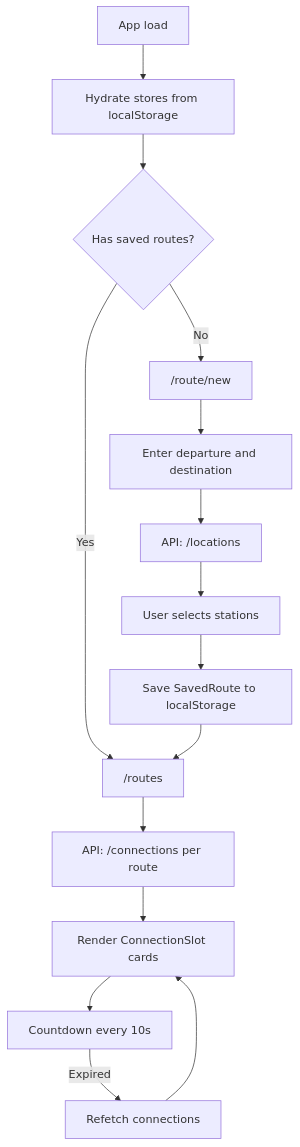
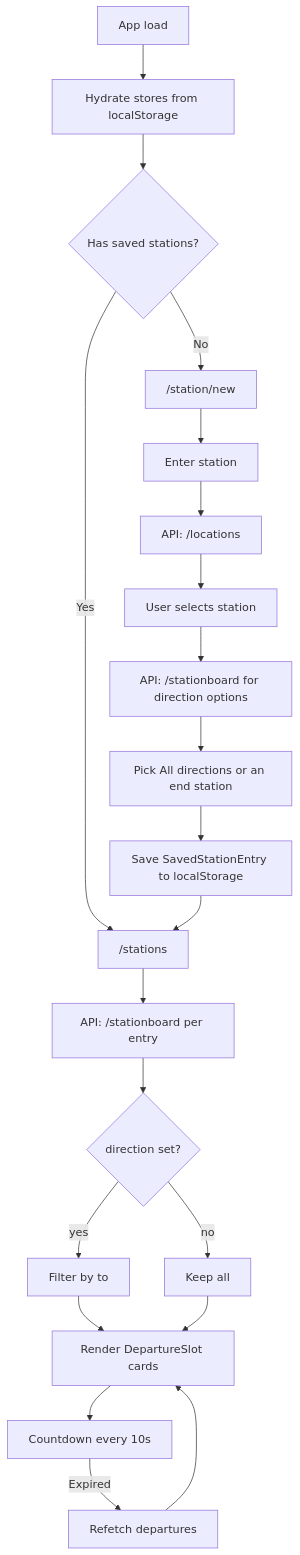
The diagram in Design.md (Dibulo/nexteli-v2), drawn with Mermaid before and after one commit. The commit also changed other lines of this file and 27 other files, not shown here.

Commit message:
refactor: replace routes with stations via /stationboard API

````diff
--- a/Design.md
+++ b/Design.md
@@ -811,17 +254,23 @@
 ```mermaid
 flowchart TD
   start[App load] --> hydrate[Hydrate stores from localStorage]
-  hydrate --> check{Has saved routes?}
-  check -->|No| newPage["/route/new"]
-  check -->|Yes| dash["/routes"]
-  newPage --> form[Enter departure and destination]
+  hydrate --> check{Has saved stations?}
+  check -->|No| newPage["/station/new"]
+  check -->|Yes| dash["/stations"]
+  newPage --> form[Enter station]
   form --> search[API: /locations]
-  search --> pick[User selects stations]
-  pick --> save[Save SavedRoute to localStorage]
+  search --> pick[User selects station]
+  pick --> boardOpts[API: /stationboard for direction options]
+  boardOpts --> chooseDir[Pick All directions or an end station]
+  chooseDir --> save[Save SavedStationEntry to localStorage]
   save --> dash
-  dash --> fetch[API: /connections per route]
-  fetch --> cards[Render ConnectionSlot cards]
+  dash --> fetch[API: /stationboard per entry]
+  fetch --> filter{direction set?}
+  filter -->|yes| filtered[Filter by to]
+  filter -->|no| all[Keep all]
+  filtered --> cards[Render DepartureSlot cards]
+  all --> cards
   cards --> tick[Countdown every 10s]
-  tick -->|Expired| refetch[Refetch connections]
+  tick -->|Expired| refetch[Refetch departures]
   refetch --> cards
 ```
````
